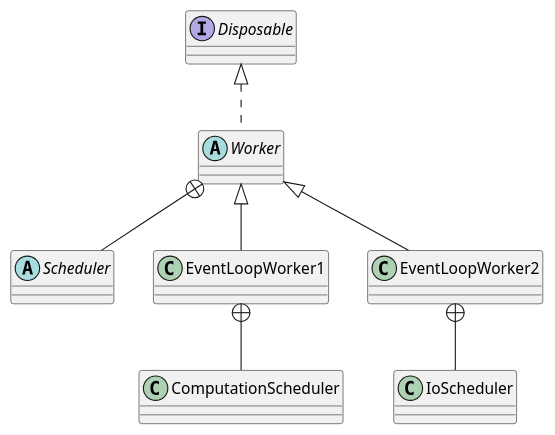
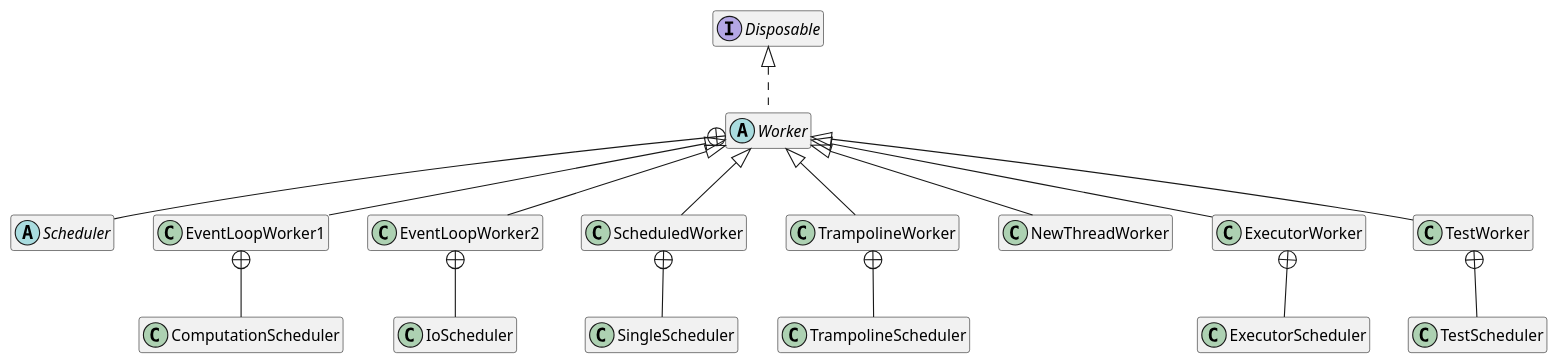
The diagram in doc/chap6/Scheduler2.puml (suribada/RxJavaBook), drawn with PlantUML before and after one commit. The commit also changed 8 other files, not shown here.

Commit message:
Scheduler class diagram

```diff
--- a/doc/chap6/Scheduler2.puml
+++ b/doc/chap6/Scheduler2.puml
@@ -1,15 +1,25 @@
 @startuml
 
 abstract class Scheduler
 abstract class Worker
 interface Disposable
 
 Disposable <|.. Worker
 Worker +-- Scheduler
 
 Worker <|-- EventLoopWorker1
 Worker <|-- EventLoopWorker2
+Worker <|-- ScheduledWorker
+Worker <|-- TrampolineWorker
+Worker <|-- NewThreadWorker
+Worker <|-- ExecutorWorker
+Worker <|-- TestWorker
 EventLoopWorker1 +-- ComputationScheduler
 EventLoopWorker2 +-- IoScheduler
+ScheduledWorker +-- SingleScheduler
+TrampolineWorker +-- TrampolineScheduler
+ExecutorWorker +-- ExecutorScheduler
+TestWorker +-- TestScheduler
 
+hide members
 @enduml
```
